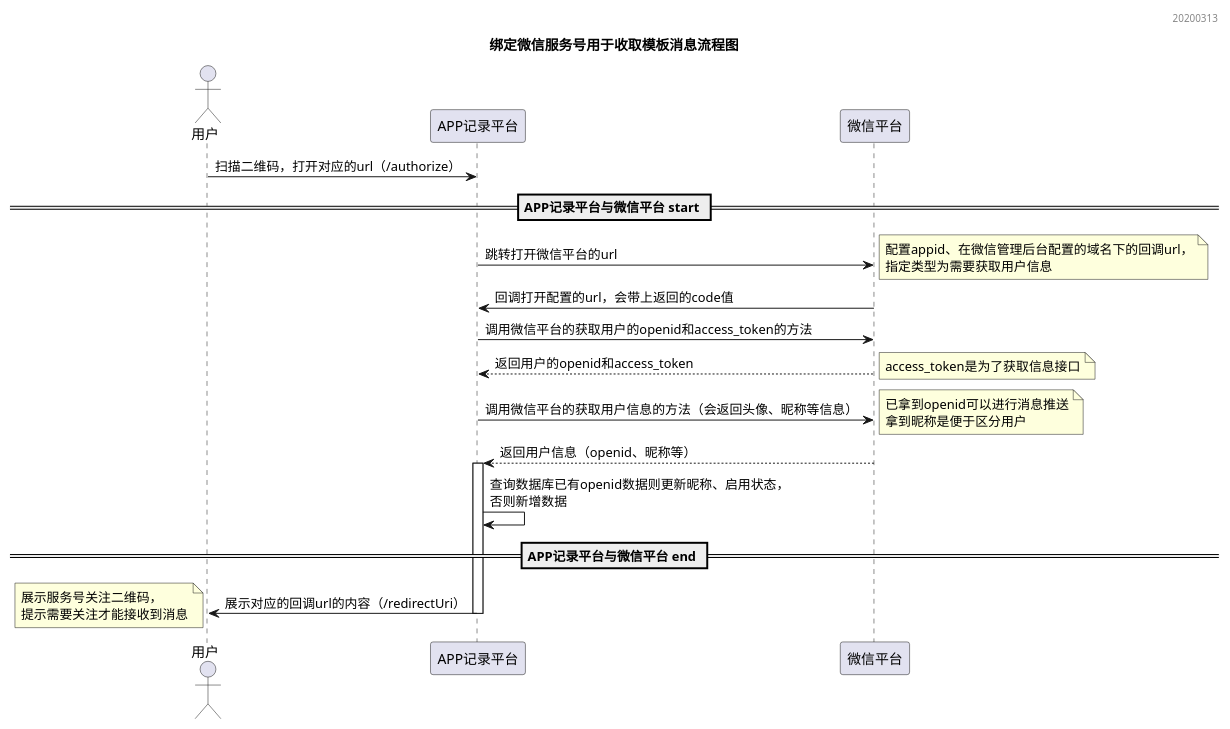
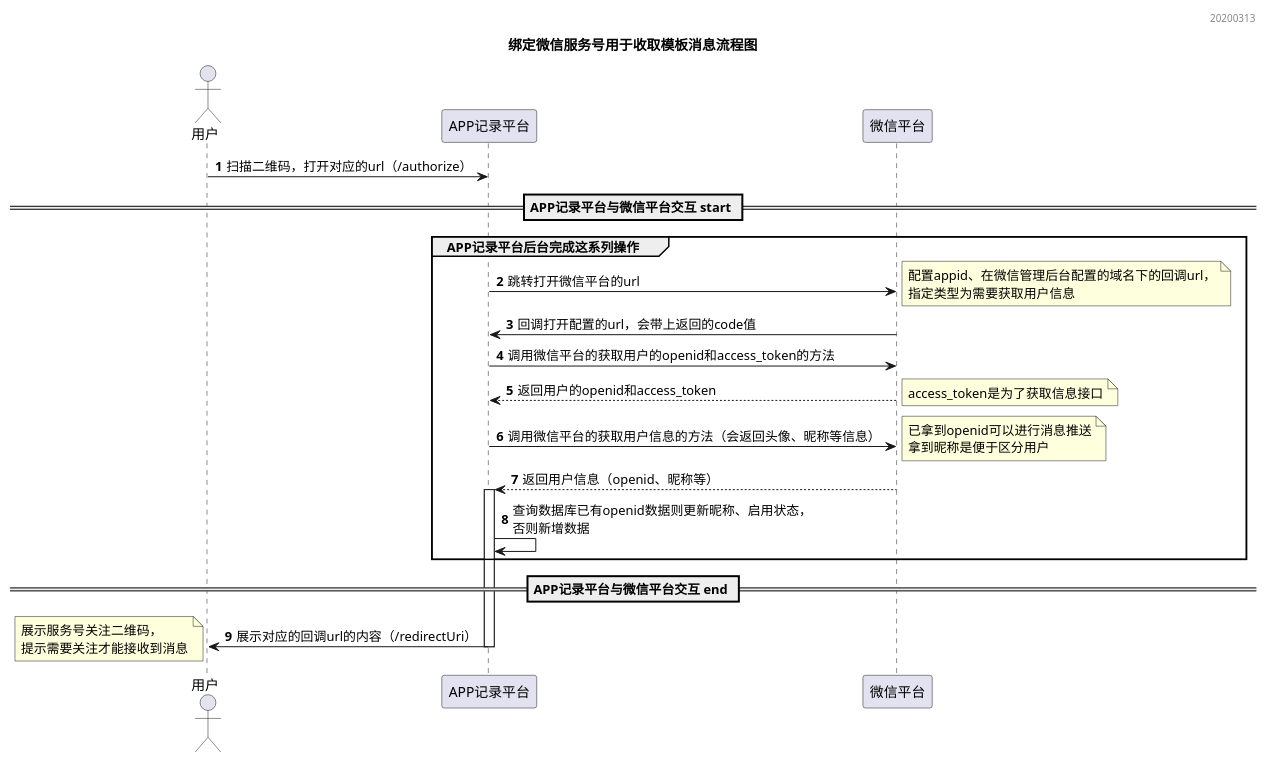
Before and after one commit to yuqiyich/chat_server: the diagram in puml/WechatBind.puml, drawn with PlantUML. The commit also changed other lines of this file and 3 other files, not shown here.

Commit message:
feat：微信服务号获取token、发送消息的流程图

```diff
--- a/puml/WechatBind.puml
+++ b/puml/WechatBind.puml
@@ -11,33 +11,39 @@
 @startuml
 
 header 20200313
 
 title 绑定微信服务号用于收取模板消息流程图
 
+autonumber
+
 actor 用户
 
 用户 -> APP记录平台 : 扫描二维码，打开对应的url（/authorize）
 
-== APP记录平台与微信平台 start ==
+== APP记录平台与微信平台交互 start ==
+
+group APP记录平台后台完成这系列操作
 
 APP记录平台 -> 微信平台 : 跳转打开微信平台的url
 note right : 配置appid、在微信管理后台配置的域名下的回调url，\n指定类型为需要获取用户信息
 微信平台 -> APP记录平台 : 回调打开配置的url，会带上返回的code值
 APP记录平台 -> 微信平台 : 调用微信平台的获取用户的openid和access_token的方法
 APP记录平台 <-- 微信平台 : 返回用户的openid和access_token
 note right : access_token是为了获取信息接口
 APP记录平台 -> 微信平台 : 调用微信平台的获取用户信息的方法（会返回头像、昵称等信息）
 note right : 已拿到openid可以进行消息推送\n拿到昵称是便于区分用户
 APP记录平台 <-- 微信平台 : 返回用户信息（openid、昵称等）
 
 activate APP记录平台
 APP记录平台 -> APP记录平台 : 查询数据库已有openid数据则更新昵称、启用状态，\n否则新增数据
 
-== APP记录平台与微信平台 end ==
+end
+
+== APP记录平台与微信平台交互 end ==
 
 APP记录平台 -> 用户 : 展示对应的回调url的内容（/redirectUri）
 note left :  展示服务号关注二维码，\n提示需要关注才能接收到消息
 
 deactivate APP记录平台
 
 @enduml
```
